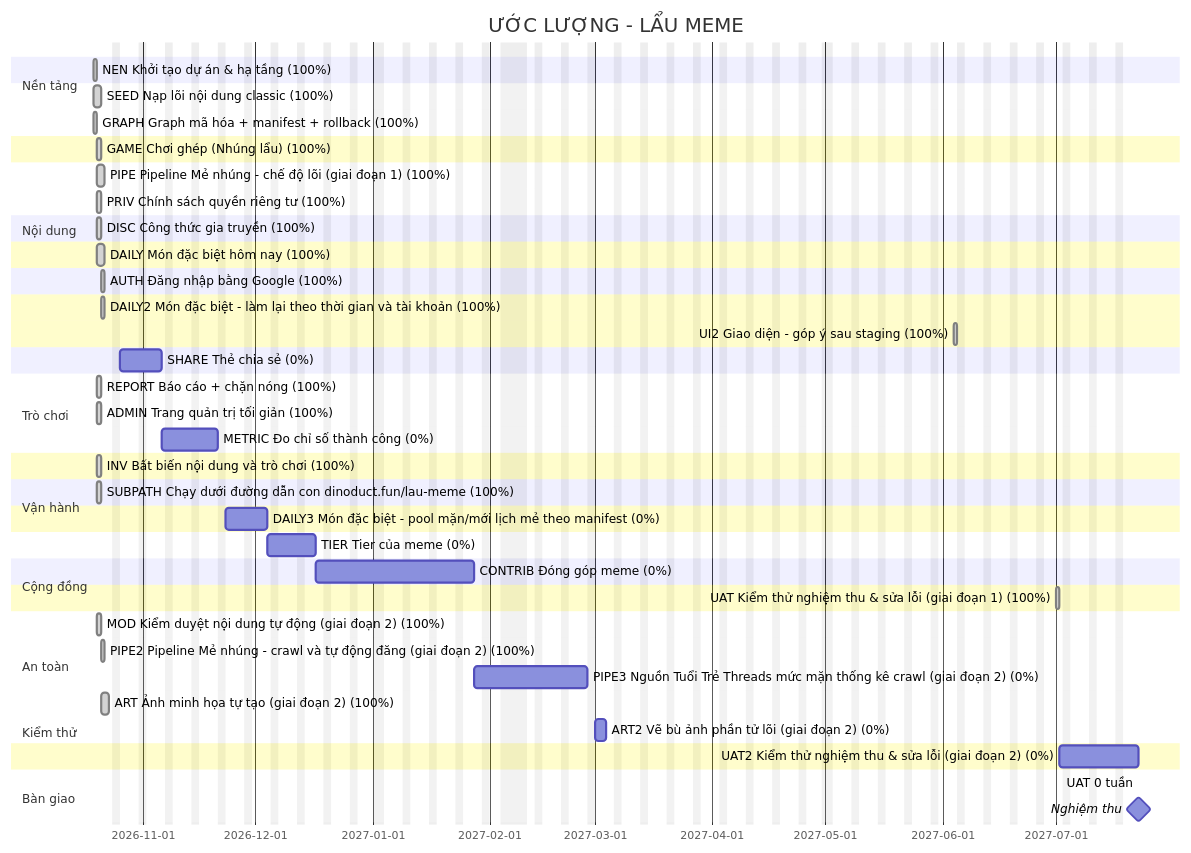
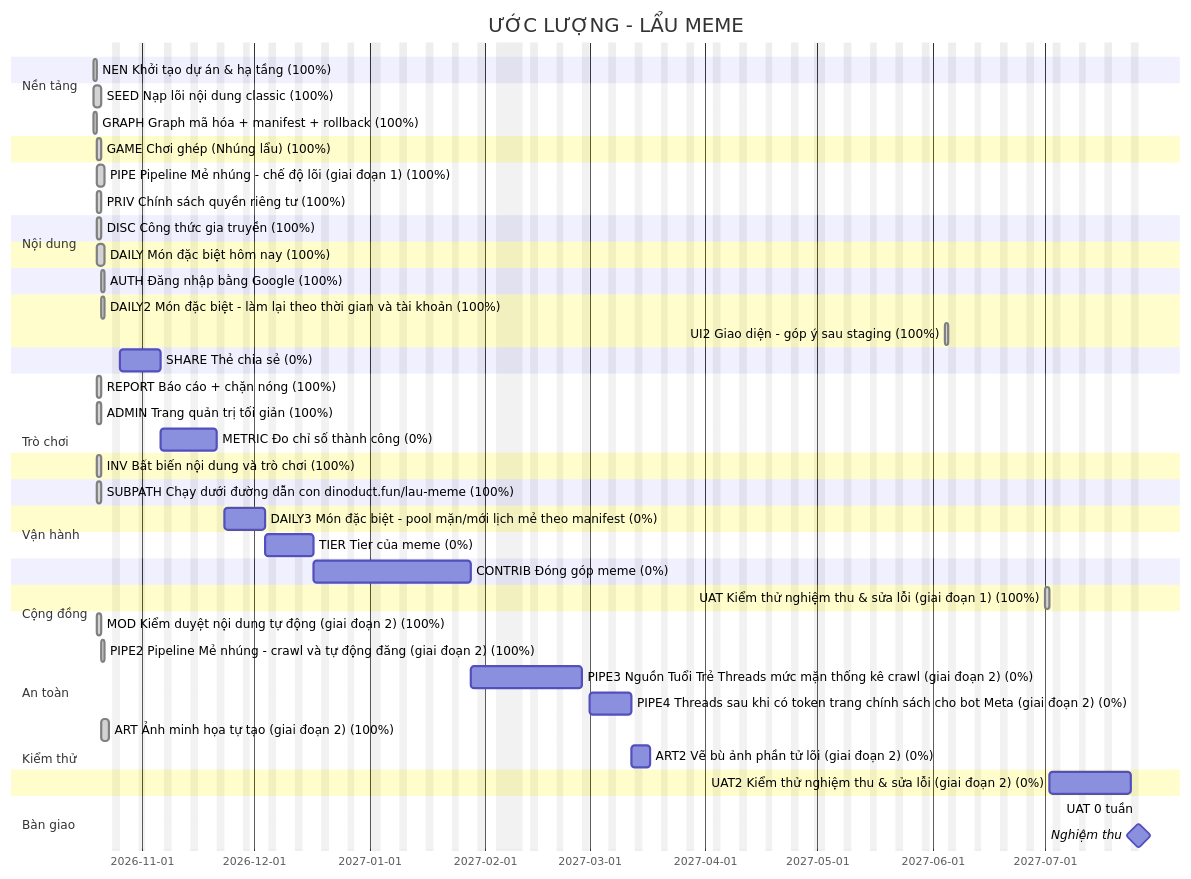
Before and after one commit to thucnq/lau-meme: the diagram in docs/plan/gantt.md, drawn with Mermaid. The commit also changed other lines of this file and 4 other files, not shown here.

First line of the commit message:
estimate: thêm PIPE4 (AC-PIPE-18..20, AC-SUBPATH-13) 4 điểm, UAT2 lên 7 điểm; cập nhật kế hoạch

````diff
--- a/docs/plan/gantt.md
+++ b/docs/plan/gantt.md
@@ -5,57 +5,58 @@
 ```mermaid
 gantt
     title ƯỚC LƯỢNG - LẨU MEME
     dateFormat YYYY-MM-DD
     excludes weekends, 2027-01-01, 2027-02-04, 2027-02-05, 2027-02-06, 2027-02-07, 2027-02-08, 2027-02-09, 2027-02-10, 2027-04-30, 2027-05-01, 2027-09-02
     todayMarker stroke-width:2px,stroke:#d33
     section Nền tảng
     NEN Khởi tạo dự án & hạ tầng (100%) :done, NEN, 2026-10-19, 1d
     section Nội dung
     SEED Nạp lõi nội dung classic (100%) :done, SEED, 2026-10-19, 2d
     GRAPH Graph mã hóa + manifest + rollback (100%) :done, GRAPH, 2026-10-19, 1d
     section Trò chơi
     GAME Chơi ghép (Nhúng lẩu) (100%) :done, GAME, 2026-10-20, 1d
     section Nội dung
     PIPE Pipeline Mẻ nhúng - chế độ lõi (giai đoạn 1) (100%) :done, PIPE, 2026-10-20, 2d
     section Vận hành
     PRIV Chính sách quyền riêng tư (100%) :done, PRIV, 2026-10-20, 1d
     section Cộng đồng
     DISC Công thức gia truyền (100%) :done, DISC, 2026-10-20, 1d
     section Trò chơi
     DAILY Món đặc biệt hôm nay (100%) :done, DAILY, 2026-10-20, 2d
     section Cộng đồng
     AUTH Đăng nhập bằng Google (100%) :done, AUTH, 2026-10-21, 1d
     section Trò chơi
     DAILY2 Món đặc biệt - làm lại theo thời gian và tài khoản (100%) :done, DAILY2, 2026-10-21, 1d
     UI2 Giao diện - góp ý sau staging (100%) :done, UI2, 2027-06-04, 1d
     section Cộng đồng
     SHARE Thẻ chia sẻ (0%) :SHARE, 2026-10-26, 9d
     section An toàn
     REPORT Báo cáo + chặn nóng (100%) :done, REPORT, 2026-10-20, 1d
     ADMIN Trang quản trị tối giản (100%) :done, ADMIN, 2026-10-20, 1d
     section Vận hành
     METRIC Đo chỉ số thành công (0%) :METRIC, 2026-11-06, 11d
     section Kiểm thử
     INV Bất biến nội dung và trò chơi (100%) :done, INV, 2026-10-20, 1d
     section Nền tảng
     SUBPATH Chạy dưới đường dẫn con dinoduct.fun/lau-meme (100%) :done, SUBPATH, 2026-10-20, 1d
     section Trò chơi
     DAILY3 Món đặc biệt - pool mặn/mới  lịch mẻ theo manifest (0%) :DAILY3, 2026-11-23, 9d
     section Nội dung
     TIER Tier của meme (0%) :TIER, 2026-12-04, 9d
     section Cộng đồng
     CONTRIB Đóng góp meme (0%) :CONTRIB, 2026-12-17, 29d
     section Kiểm thử
     UAT Kiểm thử nghiệm thu & sửa lỗi (giai đoạn 1) (100%) :done, UAT, 2027-07-01, 1d
     section Nội dung
     MOD Kiểm duyệt nội dung tự động (giai đoạn 2) (100%) :done, MOD, 2026-10-20, 1d
     PIPE2 Pipeline Mẻ nhúng - crawl và tự động đăng (giai đoạn 2) (100%) :done, PIPE2, 2026-10-21, 1d
     PIPE3 Nguồn Tuổi Trẻ  Threads  mức mặn  thống kê crawl (giai đoạn 2) (0%) :PIPE3, 2027-01-28, 17d
+    PIPE4 Threads sau khi có token  trang chính sách cho bot Meta (giai đoạn 2) (0%) :PIPE4, 2027-03-01, 9d
     ART Ảnh minh họa tự tạo (giai đoạn 2) (100%) :done, ART, 2026-10-21, 2d
-    ART2 Vẽ bù ảnh phần tử lõi (giai đoạn 2) (0%) :ART2, 2027-03-01, 3d
+    ART2 Vẽ bù ảnh phần tử lõi (giai đoạn 2) (0%) :ART2, 2027-03-12, 3d
     section Kiểm thử
-    UAT2 Kiểm thử nghiệm thu & sửa lỗi (giai đoạn 2) (0%) :UAT2, 2027-07-02, 15d
+    UAT2 Kiểm thử nghiệm thu & sửa lỗi (giai đoạn 2) (0%) :UAT2, 2027-07-02, 16d
     section Bàn giao
-    UAT 0 tuần :uat, 2027-07-23, 0d
-    Nghiệm thu :milestone, 2027-07-23, 0d
+    UAT 0 tuần :uat, 2027-07-26, 0d
+    Nghiệm thu :milestone, 2027-07-26, 0d
 ```
````
